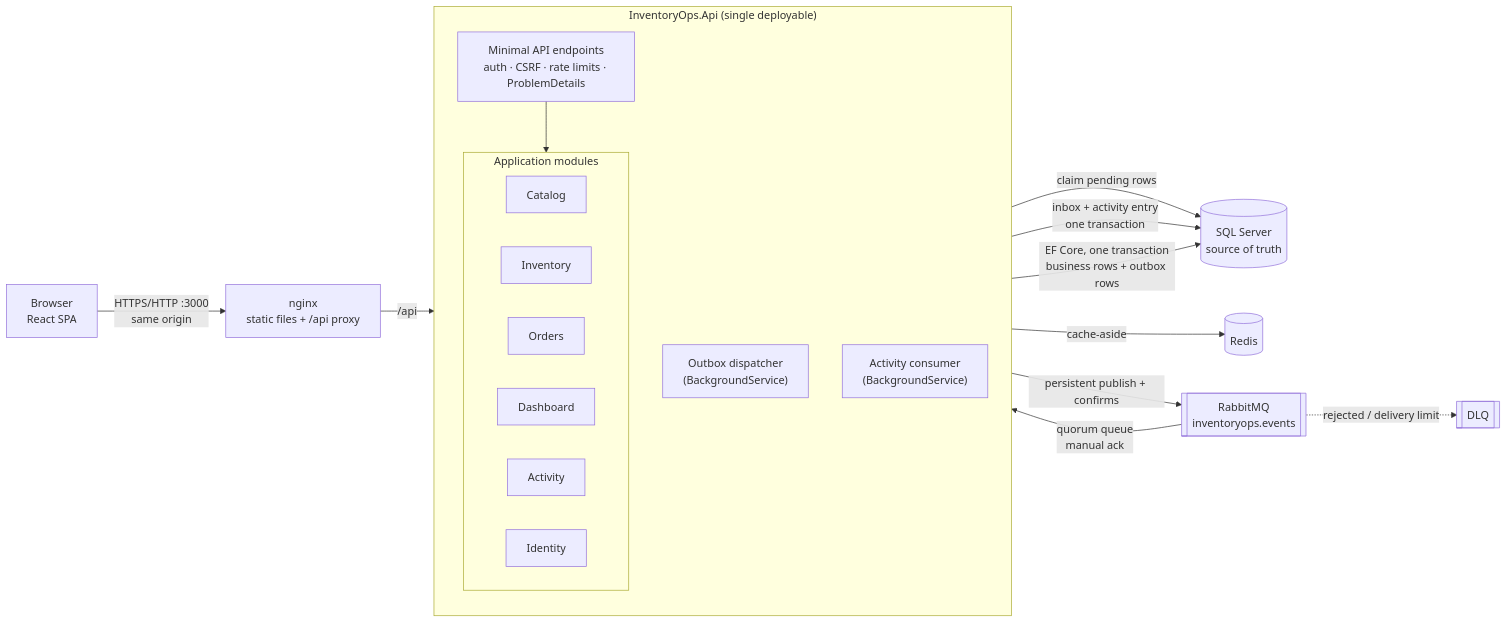
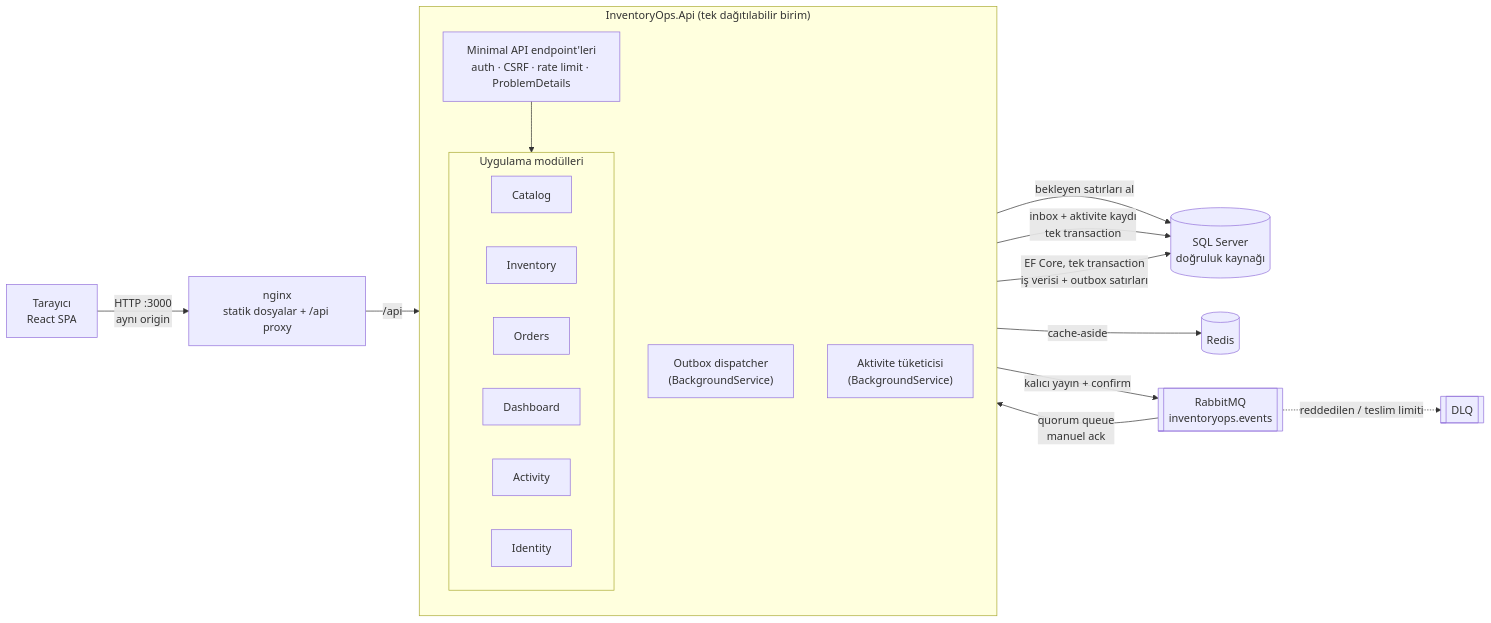
The first of 4 diagrams in README.md (Erenen1/inventory-ops), drawn with Mermaid before and after one commit. The commit also changed other lines of this file, not shown here.

````diff
--- a/README.md
+++ b/README.md
@@ -63,29 +63,29 @@
 ```mermaid
 flowchart LR
-    Browser["Browser<br/>React SPA"] -->|"HTTPS/HTTP :3000<br/>same origin"| Nginx["nginx<br/>static files + /api proxy"]
+    Browser["Tarayıcı<br/>React SPA"] -->|"HTTP :3000<br/>aynı origin"| Nginx["nginx<br/>statik dosyalar + /api proxy"]
     Nginx -->|/api| Api
 
-    subgraph Api["InventoryOps.Api (single deployable)"]
+    subgraph Api["InventoryOps.Api (tek dağıtılabilir birim)"]
         direction TB
-        Endpoints["Minimal API endpoints<br/>auth · CSRF · rate limits · ProblemDetails"]
-        subgraph Modules["Application modules"]
+        Endpoints["Minimal API endpoint'leri<br/>auth · CSRF · rate limit · ProblemDetails"]
+        subgraph Modules["Uygulama modülleri"]
             Catalog
             Inventory
             Orders
             Dashboard
             Activity
             Identity
         end
         Outbox["Outbox dispatcher<br/>(BackgroundService)"]
-        Consumer["Activity consumer<br/>(BackgroundService)"]
+        Consumer["Aktivite tüketicisi<br/>(BackgroundService)"]
         Endpoints --> Modules
     end
 
-    Modules -->|"EF Core, one transaction<br/>business rows + outbox rows"| Sql[("SQL Server<br/>source of truth")]
+    Modules -->|"EF Core, tek transaction<br/>iş verisi + outbox satırları"| Sql[("SQL Server<br/>doğruluk kaynağı")]
     Modules -->|cache-aside| Redis[("Redis")]
-    Outbox -->|"claim pending rows"| Sql
-    Outbox -->|"persistent publish + confirms"| Rabbit[["RabbitMQ<br/>inventoryops.events"]]
-    Rabbit -->|"quorum queue<br/>manual ack"| Consumer
-    Consumer -->|"inbox + activity entry<br/>one transaction"| Sql
-    Rabbit -.->|"rejected / delivery limit"| Dlq[["DLQ"]]
+    Outbox -->|"bekleyen satırları al"| Sql
+    Outbox -->|"kalıcı yayın + confirm"| Rabbit[["RabbitMQ<br/>inventoryops.events"]]
+    Rabbit -->|"quorum queue<br/>manuel ack"| Consumer
+    Consumer -->|"inbox + aktivite kaydı<br/>tek transaction"| Sql
+    Rabbit -.->|"reddedilen / teslim limiti"| Dlq[["DLQ"]]
 ```
````
